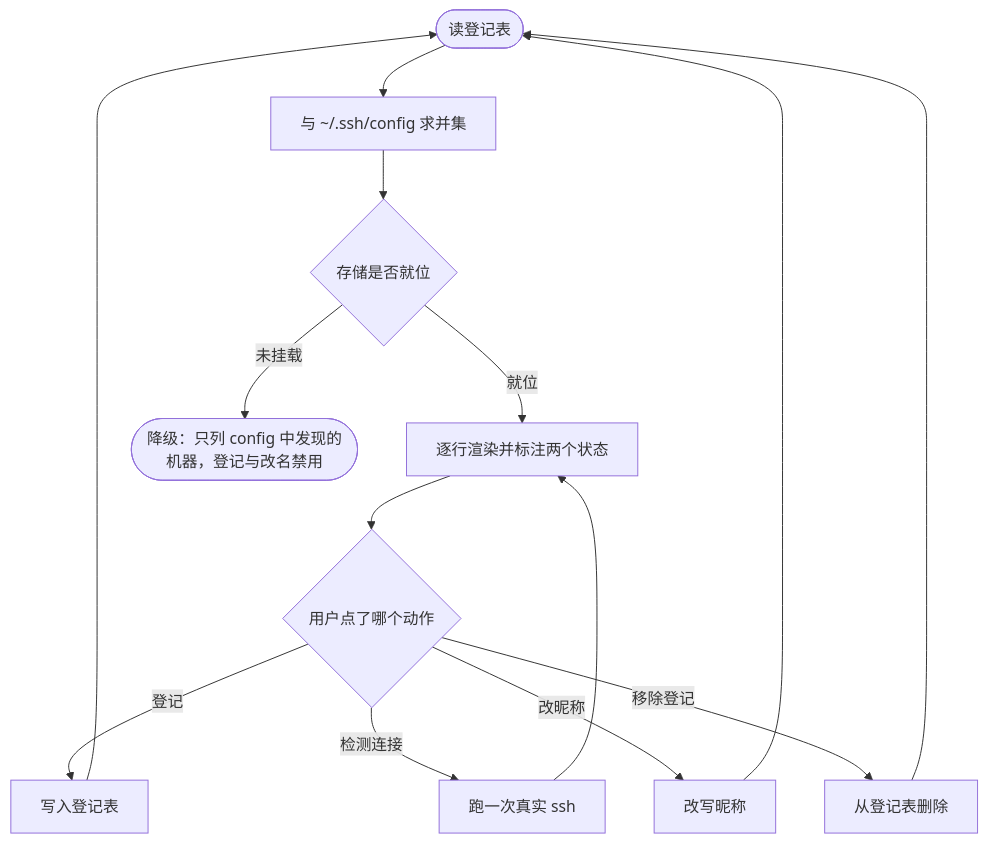
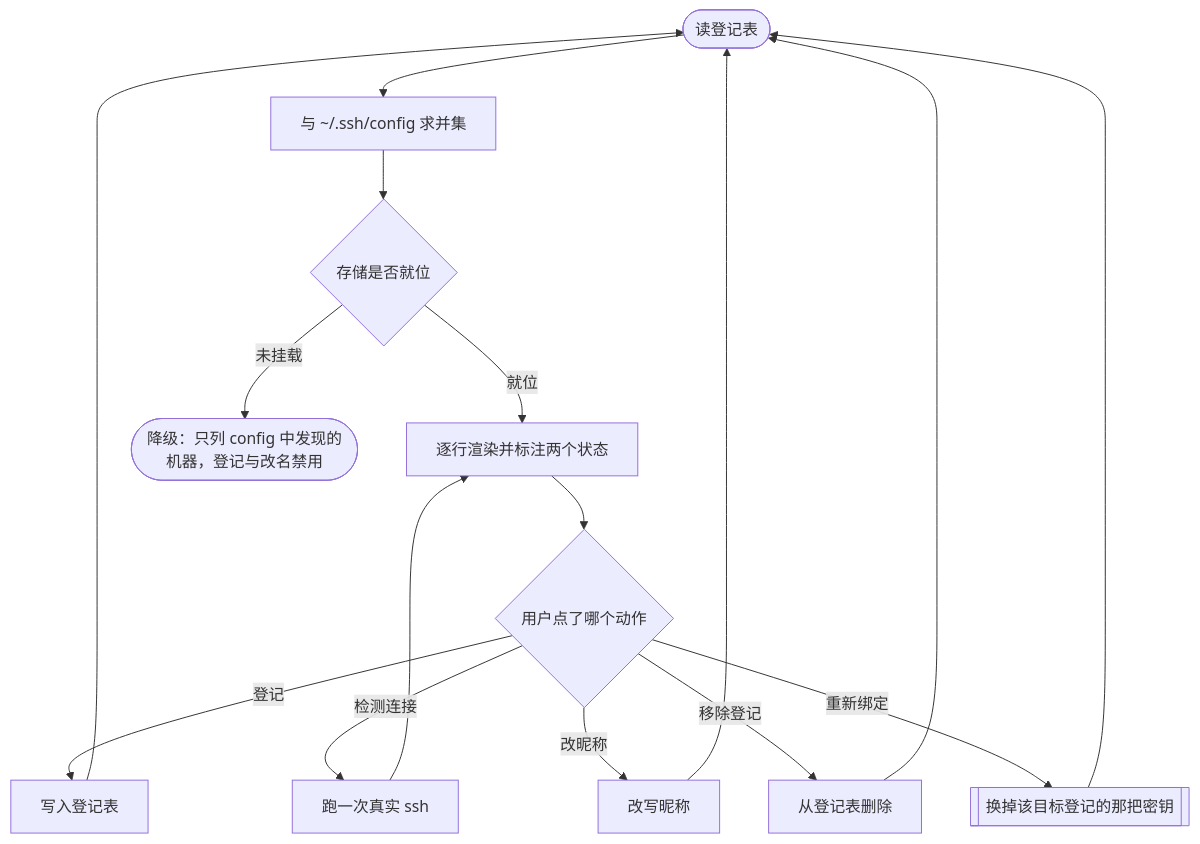
The second of 3 diagrams in assets/projects/dsh-credentials/feature-flow.md (yunjies/knowledge-base), drawn with Mermaid before and after one commit. The commit also changed other lines of this file and 24 other files, not shown here.

````diff
--- a/assets/projects/dsh-credentials/feature-flow.md
+++ b/assets/projects/dsh-credentials/feature-flow.md
@@ -227,16 +229,18 @@
 ```mermaid
 flowchart TB
   TLOAD(["读登记表"]) --> TJOIN["与 ~/.ssh/config 求并集"]
   TJOIN --> TRENDER{"存储是否就位"}
   TRENDER -->|"就位"| TLIST["逐行渲染并标注两个状态"]
   TRENDER -->|"未挂载"| TDEGRADE(["降级：只列 config 中发现的机器，登记与改名禁用"])
   TLIST --> TACT{"用户点了哪个动作"}
   TACT -->|"登记"| TREGISTER["写入登记表"]
   TACT -->|"检测连接"| TPROBE["跑一次真实 ssh"]
   TACT -->|"改昵称"| TRENAME["改写昵称"]
   TACT -->|"移除登记"| FTRGET["从登记表删除"]
+  TACT -->|"重新绑定"| TREBIND[["换掉该目标登记的那把密钥"]]
   TREGISTER --> TLOAD
   TRENAME --> TLOAD
   FTRGET --> TLOAD
   TPROBE --> TLIST
+  TREBIND --> TLOAD
 ```
````
